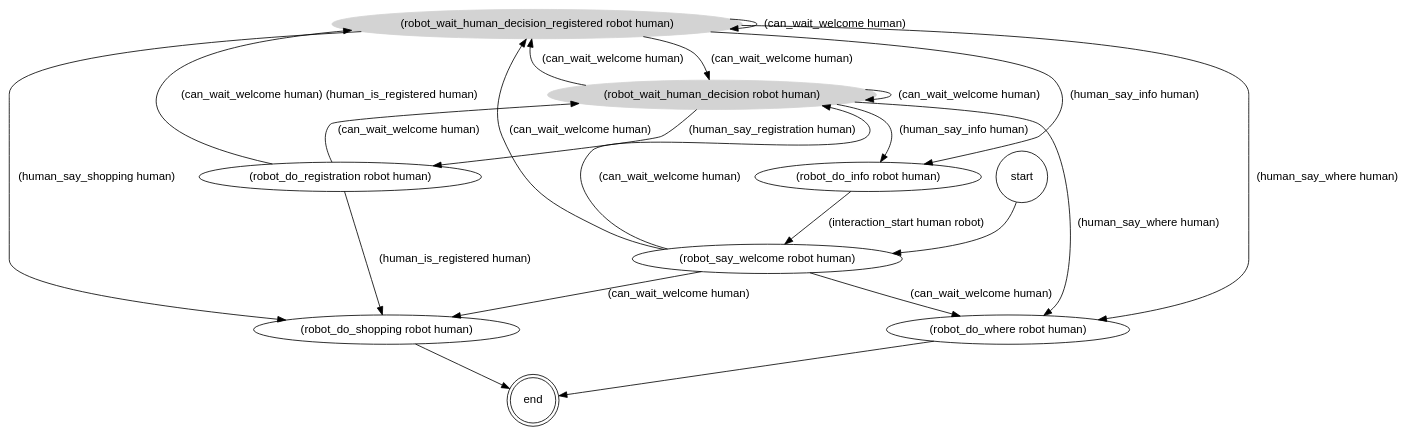
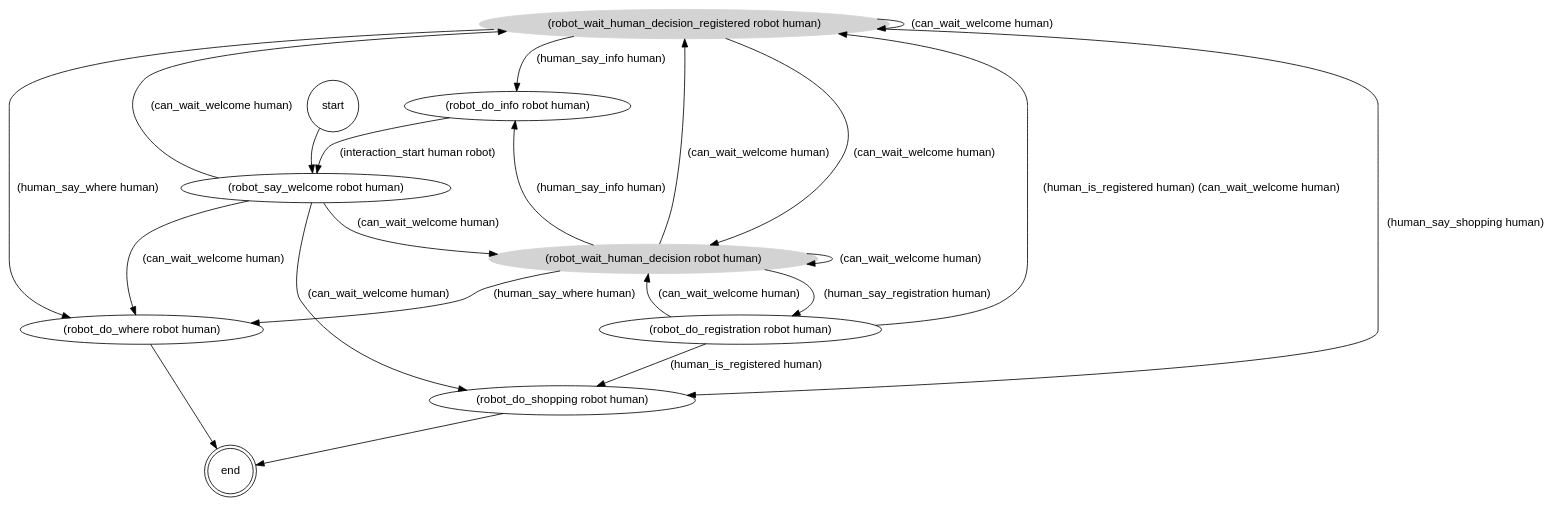
One commit to francescotss/PepperMart changed the diagram in playground/pddl/hri_problem_example_v2.gv. Above: the diagram before and after it, drawn with Graphviz. The commit also changed 14 other files, not shown here.

```diff
--- a/playground/pddl/hri_problem_example_v2.gv
+++ b/playground/pddl/hri_problem_example_v2.gv
@@ -1,39 +1,39 @@
 strict digraph "" {
 	graph [fontname=helvetica];
 	node [fontname=helvetica,
 		label="\N",
 		shape=ellipse
 	];
 	edge [fontname=helvetica];
 	"(end)"	 [label=end,
 		peripheries=2,
 		shape=circle];
+	"(robot_do_where robot human)" -> "(end)";
 	"(robot_do_shopping robot human)" -> "(end)";
-	"(robot_do_where robot human)" -> "(end)";
 	"(robot_wait_human_decision_registered robot human)"	 [color=lightgrey,
 		style=filled];
+	"(robot_wait_human_decision_registered robot human)" -> "(robot_do_where robot human)"	 [label="(human_say_where human)"];
 	"(robot_wait_human_decision_registered robot human)" -> "(robot_do_shopping robot human)"	 [label="(human_say_shopping human)"];
-	"(robot_wait_human_decision_registered robot human)" -> "(robot_do_where robot human)"	 [label="(human_say_where human)"];
 	"(robot_wait_human_decision_registered robot human)" -> "(robot_wait_human_decision_registered robot human)"	 [label="(can_wait_welcome human)"];
+	"(robot_wait_human_decision_registered robot human)" -> "(robot_do_info robot human)"	 [label="(human_say_info human)"];
 	"(robot_wait_human_decision robot human)"	 [color=lightgrey,
 		style=filled];
 	"(robot_wait_human_decision_registered robot human)" -> "(robot_wait_human_decision robot human)"	 [label="(can_wait_welcome human)"];
-	"(robot_wait_human_decision_registered robot human)" -> "(robot_do_info robot human)"	 [label="(human_say_info human)"];
+	"(robot_do_info robot human)" -> "(robot_say_welcome robot human)"	 [label="(interaction_start human robot)"];
 	"(robot_wait_human_decision robot human)" -> "(robot_do_where robot human)"	 [label="(human_say_where human)"];
 	"(robot_wait_human_decision robot human)" -> "(robot_wait_human_decision_registered robot human)"	 [label="(can_wait_welcome human)"];
+	"(robot_wait_human_decision robot human)" -> "(robot_do_info robot human)"	 [label="(human_say_info human)"];
 	"(robot_wait_human_decision robot human)" -> "(robot_wait_human_decision robot human)"	 [label="(can_wait_welcome human)"];
-	"(robot_wait_human_decision robot human)" -> "(robot_do_info robot human)"	 [label="(human_say_info human)"];
 	"(robot_wait_human_decision robot human)" -> "(robot_do_registration robot human)"	 [label="(human_say_registration human)"];
-	"(robot_do_info robot human)" -> "(robot_say_welcome robot human)"	 [label="(interaction_start human robot)"];
+	"(robot_do_registration robot human)" -> "(robot_do_shopping robot human)"	 [label="(human_is_registered human)"];
+	"(robot_do_registration robot human)" -> "(robot_wait_human_decision_registered robot human)"	 [label="(human_is_registered human) (can_wait_welcome human)"];
+	"(robot_do_registration robot human)" -> "(robot_wait_human_decision robot human)"	 [label="(can_wait_welcome human)"];
+	"(robot_say_welcome robot human)" -> "(robot_do_where robot human)"	 [label="(can_wait_welcome human)"];
 	"(robot_say_welcome robot human)" -> "(robot_do_shopping robot human)"	 [label="(can_wait_welcome human)"];
-	"(robot_say_welcome robot human)" -> "(robot_do_where robot human)"	 [label="(can_wait_welcome human)"];
 	"(robot_say_welcome robot human)" -> "(robot_wait_human_decision_registered robot human)"	 [label="(can_wait_welcome human)"];
 	"(robot_say_welcome robot human)" -> "(robot_wait_human_decision robot human)"	 [label="(can_wait_welcome human)"];
-	"(robot_do_registration robot human)" -> "(robot_do_shopping robot human)"	 [label="(human_is_registered human)"];
-	"(robot_do_registration robot human)" -> "(robot_wait_human_decision_registered robot human)"	 [label="(can_wait_welcome human) (human_is_registered human)"];
-	"(robot_do_registration robot human)" -> "(robot_wait_human_decision robot human)"	 [label="(can_wait_welcome human)"];
 	"(start)"	 [label=start,
 		peripheries=1,
 		shape=circle];
 	"(start)" -> "(robot_say_welcome robot human)";
 }
```
